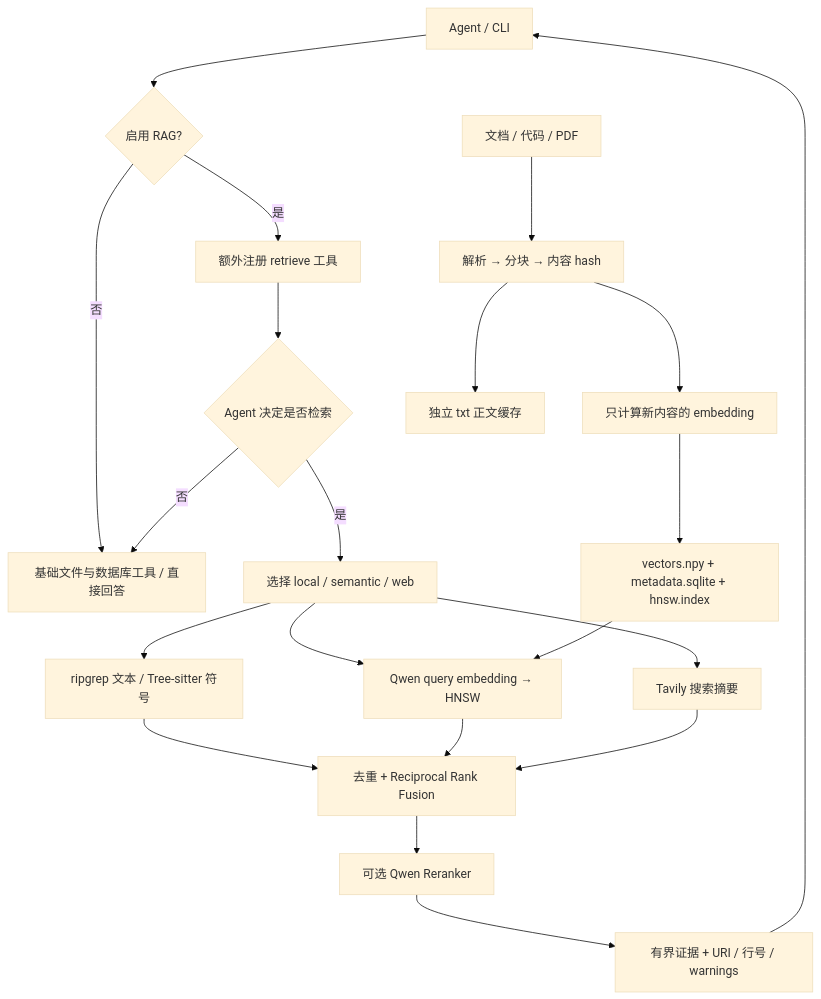
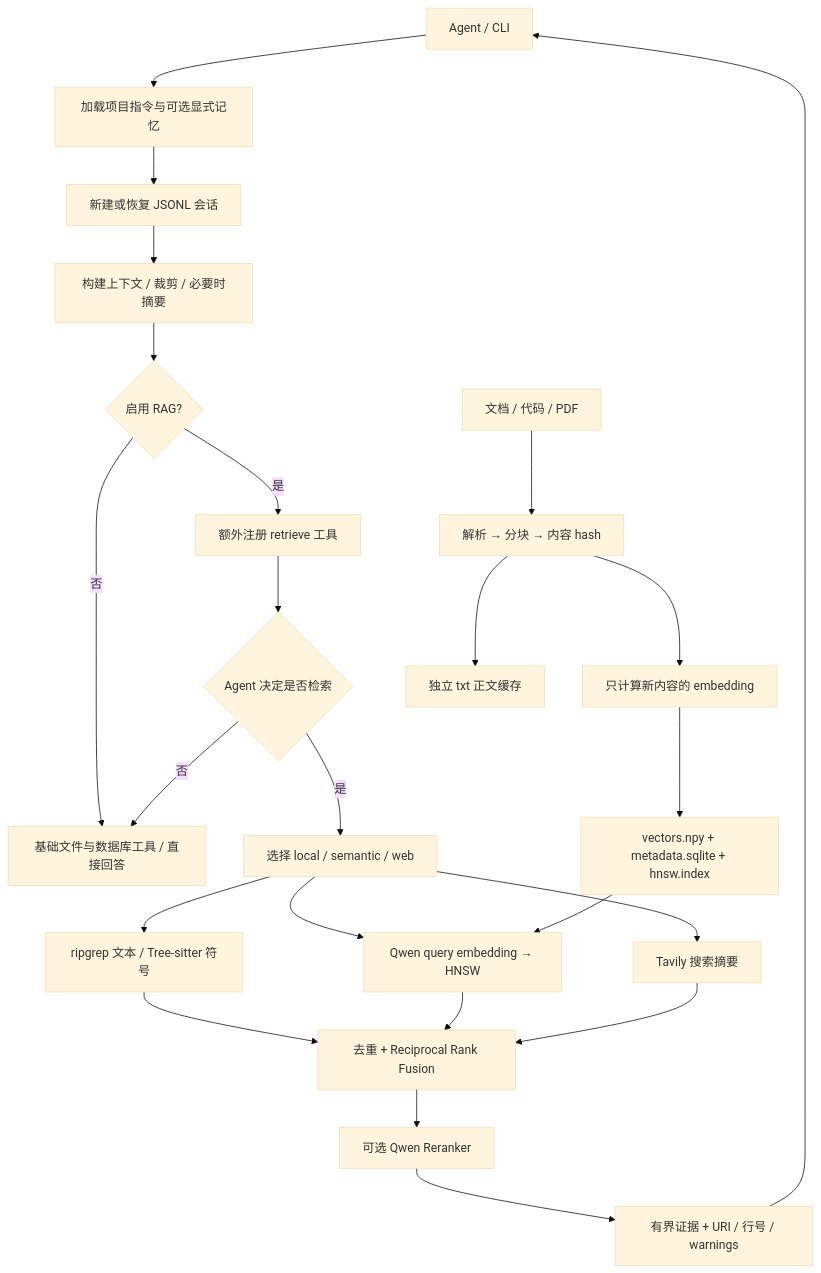
Before and after one commit to Huangsj1/ajAgent: the first of 3 diagrams in docs/architecture.md, drawn with Mermaid (base theme). The commit also changed other lines of this file and 23 other files, not shown here.

````diff
--- a/docs/architecture.md
+++ b/docs/architecture.md
@@ -3,21 +3,24 @@
 ```mermaid
 flowchart TD
-    A[Agent / CLI] --> E{启用 RAG?}
+    A[Agent / CLI] --> H[加载项目指令与可选显式记忆]
+    H --> J[新建或恢复 JSONL 会话]
+    J --> Ctx[构建上下文 / 裁剪 / 必要时摘要]
+    Ctx --> E{启用 RAG?}
     E -->|否| B[基础文件与数据库工具 / 直接回答]
     E -->|是| T[额外注册 retrieve 工具]
     T --> D{Agent 决定是否检索}
     D -->|否| B
     D -->|是| S[选择 local / semantic / web]
     S --> L[ripgrep 文本 / Tree-sitter 符号]
     S --> V[Qwen query embedding → HNSW]
     S --> W[Tavily 搜索摘要]
     L & V & W --> F[去重 + Reciprocal Rank Fusion]
     F --> R[可选 Qwen Reranker]
     R --> O[有界证据 + URI / 行号 / warnings]
     O --> A
     K[文档 / 代码 / PDF] --> C[解析 → 分块 → 内容 hash]
     C --> Q[只计算新内容的 embedding]
     C --> X[独立 txt 正文缓存]
     Q --> I[vectors.npy + metadata.sqlite + hnsw.index]
     I --> V
 ```
````
